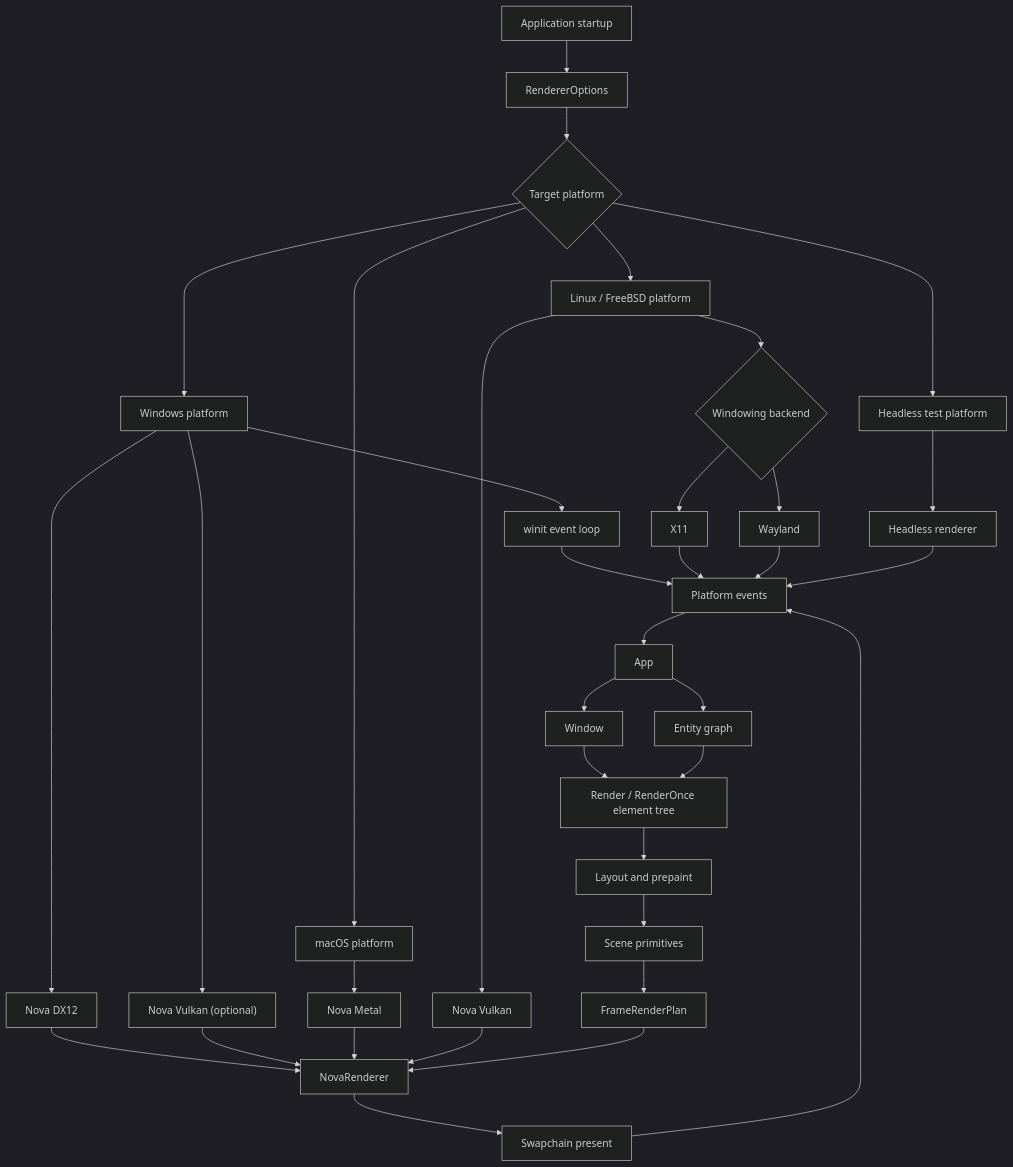
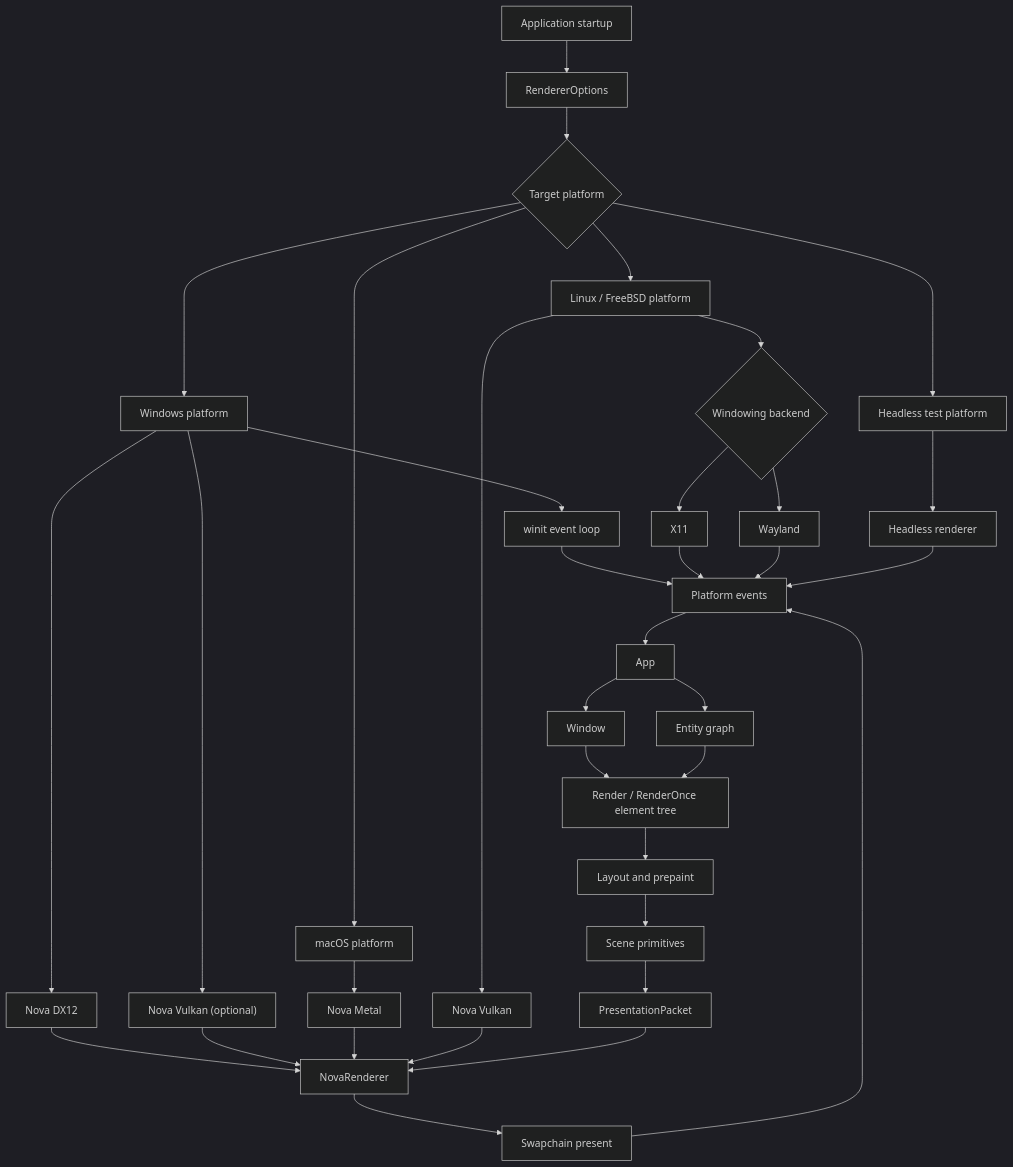
The first of 2 diagrams in crates/gpui/README.md (Chlna6666/Better-Minecraft-Bedrock-Launcher), drawn with Mermaid (dark theme) before and after one commit. The commit also changed other lines of this file and 20 other files, not shown here.

````diff
--- a/crates/gpui/README.md
+++ b/crates/gpui/README.md
@@ -92,42 +92,42 @@
 ```mermaid
 flowchart TD
     AppStartup["Application startup"] --> RendererOptions["RendererOptions"]
     RendererOptions --> PlatformSelect{"Target platform"}
 
     PlatformSelect --> Windows["Windows platform"]
     PlatformSelect --> MacOS["macOS platform"]
     PlatformSelect --> Linux["Linux / FreeBSD platform"]
     PlatformSelect --> Test["Headless test platform"]
 
     Windows --> Winit["winit event loop"]
     Windows --> NovaDx12["Nova DX12"]
     Windows --> NovaVulkanWin["Nova Vulkan (optional)"]
 
     MacOS --> NovaMetal["Nova Metal"]
     Linux --> LinuxWindowing{"Windowing backend"}
     LinuxWindowing --> X11["X11"]
     LinuxWindowing --> Wayland["Wayland"]
     Linux --> NovaVulkan["Nova Vulkan"]
     Test --> Headless["Headless renderer"]
 
     Winit --> PlatformEvents["Platform events"]
     NovaDx12 --> NovaRenderer["NovaRenderer"]
     NovaVulkanWin --> NovaRenderer
     NovaMetal --> NovaRenderer
     NovaVulkan --> NovaRenderer
     X11 --> PlatformEvents
     Wayland --> PlatformEvents
     Headless --> PlatformEvents
 
     PlatformEvents --> App["App"]
     App --> Window["Window"]
     App --> Entities["Entity<T> graph"]
     Window --> ElementTree["Render / RenderOnce element tree"]
     Entities --> ElementTree
     ElementTree --> Layout["Layout and prepaint"]
     Layout --> Scene["Scene primitives"]
-    Scene --> RenderPlan["FrameRenderPlan"]
+    Scene --> RenderPlan["PresentationPacket"]
     RenderPlan --> NovaRenderer
     NovaRenderer --> Present["Swapchain present"]
     Present --> PlatformEvents
 ```
````
